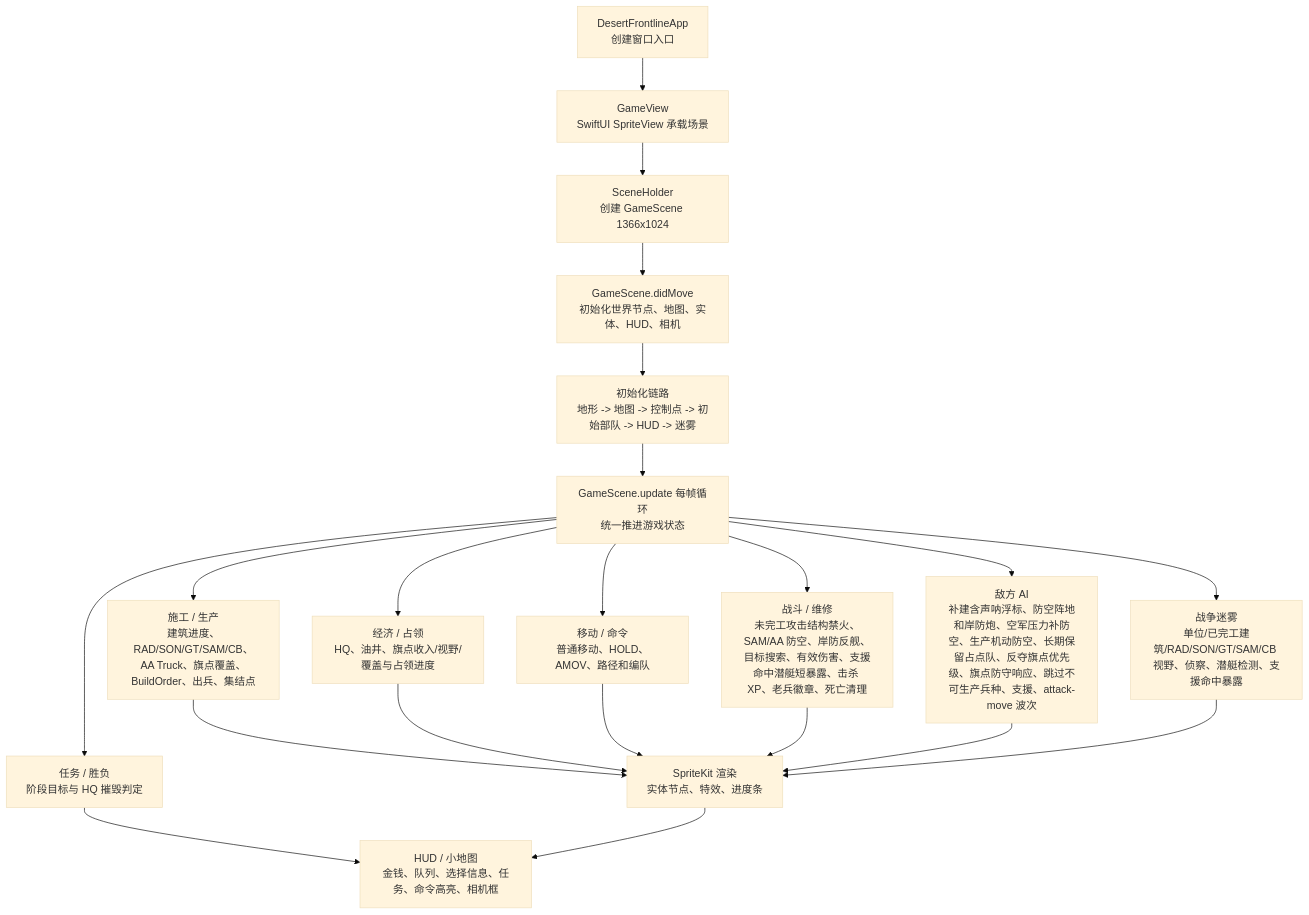
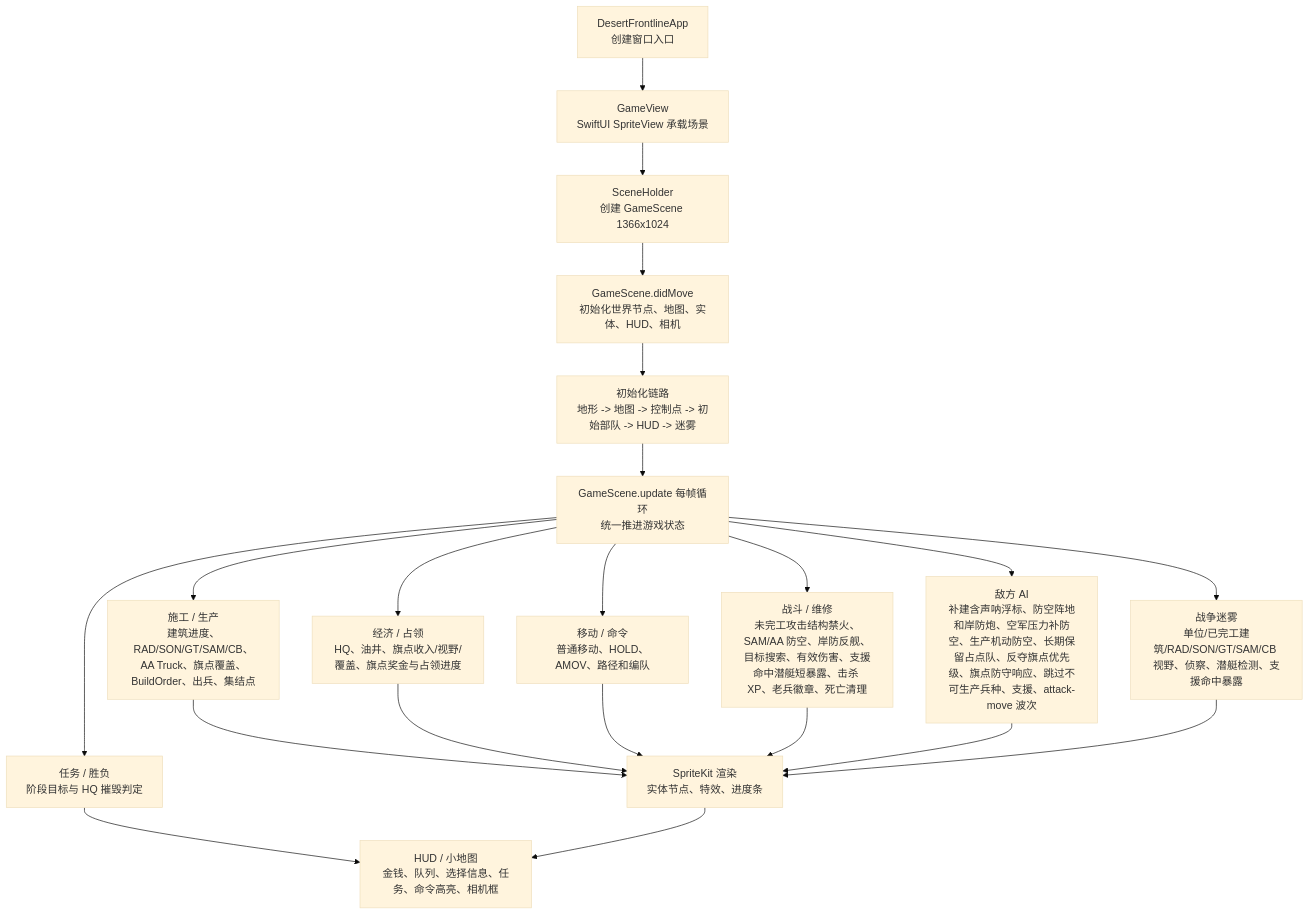
One commit to Altman-sam114/1145 changed the first of 3 diagrams in md/flow/flowchart.md. Above: the diagram before and after it, drawn with Mermaid (base theme). The commit also changed 4 other files, not shown here.

````diff
--- a/md/flow/flowchart.md
+++ b/md/flow/flowchart.md
@@ -9,23 +9,23 @@
 ```mermaid
 flowchart TD
   App["DesertFrontlineApp\n创建窗口入口"] --> View["GameView\nSwiftUI SpriteView 承载场景"]
   View --> Holder["SceneHolder\n创建 GameScene 1366x1024"]
   Holder --> Scene["GameScene.didMove\n初始化世界节点、地图、实体、HUD、相机"]
   Scene --> Init["初始化链路\n地形 -> 地图 -> 控制点 -> 初始部队 -> HUD -> 迷雾"]
   Init --> Loop["GameScene.update 每帧循环\n统一推进游戏状态"]
   Loop --> Build["施工 / 生产\n建筑进度、RAD/SON/GT/SAM/CB、AA Truck、旗点覆盖、BuildOrder、出兵、集结点"]
-  Loop --> Economy["经济 / 占领\nHQ、油井、旗点收入/视野/覆盖与占领进度"]
+  Loop --> Economy["经济 / 占领\nHQ、油井、旗点收入/视野/覆盖、旗点奖金与占领进度"]
   Loop --> Commands["移动 / 命令\n普通移动、HOLD、AMOV、路径和编队"]
   Loop --> Combat["战斗 / 维修\n未完工攻击结构禁火、SAM/AA 防空、岸防反舰、目标搜索、有效伤害、支援命中潜艇短暴露、击杀 XP、老兵徽章、死亡清理"]
   Loop --> AI["敌方 AI\n补建含声呐浮标、防空阵地和岸防炮、空军压力补防空、生产机动防空、长期保留占点队、反夺旗点优先级、旗点防守响应、跳过不可生产兵种、支援、attack-move 波次"]
   Loop --> Fog["战争迷雾\n单位/已完工建筑/RAD/SON/GT/SAM/CB 视野、侦察、潜艇检测、支援命中暴露"]
   Loop --> Mission["任务 / 胜负\n阶段目标与 HQ 摧毁判定"]
   Build --> Render["SpriteKit 渲染\n实体节点、特效、进度条"]
   Economy --> Render
   Commands --> Render
   Combat --> Render
   AI --> Render
   Fog --> Render
   Mission --> HUD["HUD / 小地图\n金钱、队列、选择信息、任务、命令高亮、相机框"]
   Render --> HUD
 ```
````
